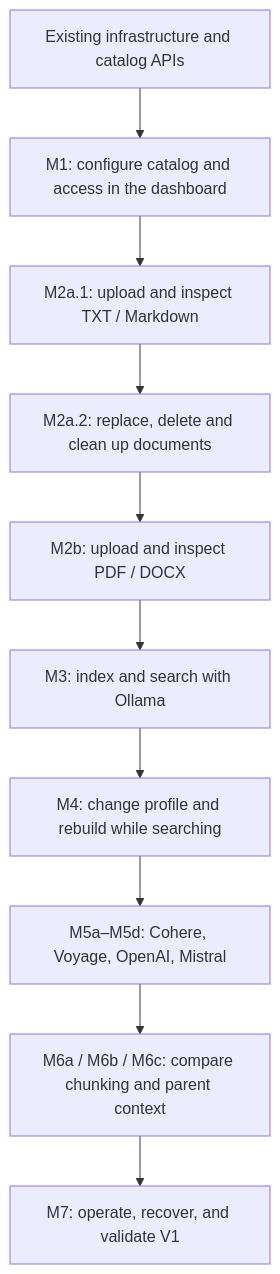
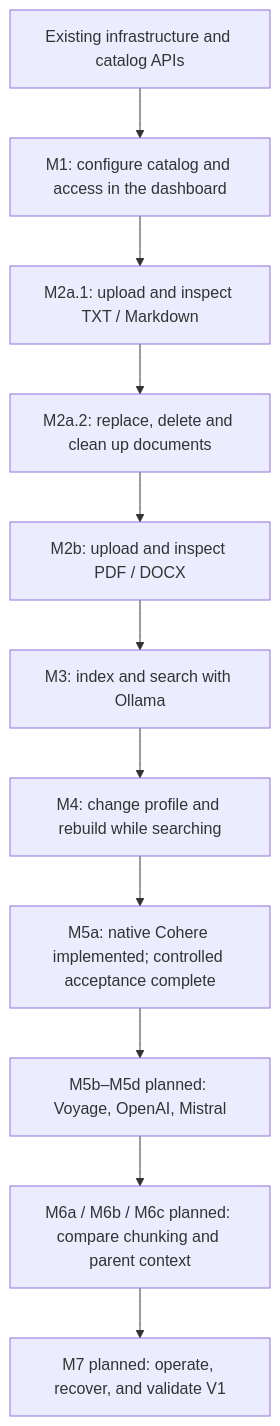
The fifth of 5 diagrams in docs/rag-implementation-plan.md (SimonLoir/vectorix), drawn with Mermaid before and after one commit. The commit also changed other lines of this file and 43 other files, not shown here.

Commit message:
feat(rag): add native Cohere indexing and search

````diff
--- a/docs/rag-implementation-plan.md
+++ b/docs/rag-implementation-plan.md
@@ -234,12 +238,13 @@
 ```mermaid
 flowchart TD
     BASE["Existing infrastructure and catalog APIs"] --> M1["M1: configure catalog and access in the dashboard"]
     M1 --> M2A["M2a.1: upload and inspect TXT / Markdown"]
     M2A --> M2A2["M2a.2: replace, delete and clean up documents"]
     M2A2 --> M2B["M2b: upload and inspect PDF / DOCX"]
     M2B --> M3["M3: index and search with Ollama"]
     M3 --> M4["M4: change profile and rebuild while searching"]
-    M4 --> M5["M5a–M5d: Cohere, Voyage, OpenAI, Mistral"]
-    M5 --> M6["M6a / M6b / M6c: compare chunking and parent context"]
-    M6 --> M7["M7: operate, recover, and validate V1"]
+    M4 --> M5A["M5a: native Cohere implemented; controlled acceptance complete"]
+    M5A --> M5B["M5b–M5d planned: Voyage, OpenAI, Mistral"]
+    M5B --> M6["M6a / M6b / M6c planned: compare chunking and parent context"]
+    M6 --> M7["M7 planned: operate, recover, and validate V1"]
 ```
````
